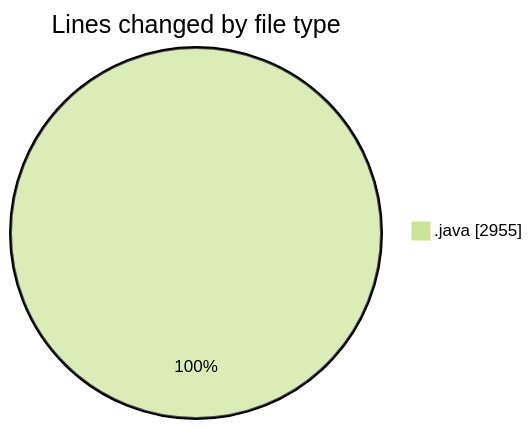
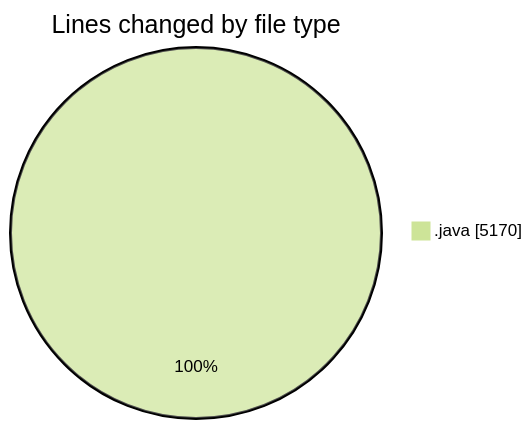
One commit to ricardozamudiocil/code-tracking changed the first of 2 diagrams in 2026-06-03/cilapp/README.md. Above: the diagram before and after it, drawn with Mermaid (forest theme). The commit also changed other lines of this file and 1 other file, not shown here.

````diff
--- a/2026-06-03/cilapp/README.md
+++ b/2026-06-03/cilapp/README.md
@@ -23,5 +24,5 @@
 ```mermaid
 pie showData
 title Lines changed by file type
-".java" : 2955
+".java" : 5170
 ```
````
